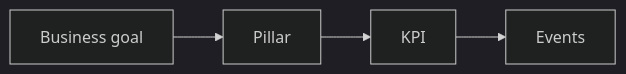
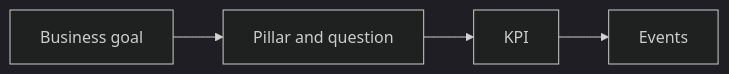
The diagram in README.md (igniters-studio/area-framework), drawn with Mermaid (dark theme) before and after one commit. The commit also changed other lines of this file and 6 other files, not shown here.

````diff
--- a/README.md
+++ b/README.md
@@ -9,4 +11,4 @@
 ```mermaid
 flowchart LR
-  G[Business goal] --> P[Pillar] --> K[KPI] --> E[Events]
+  G[Business goal] --> P[Pillar and question] --> K[KPI] --> E[Events]
 ```
````
